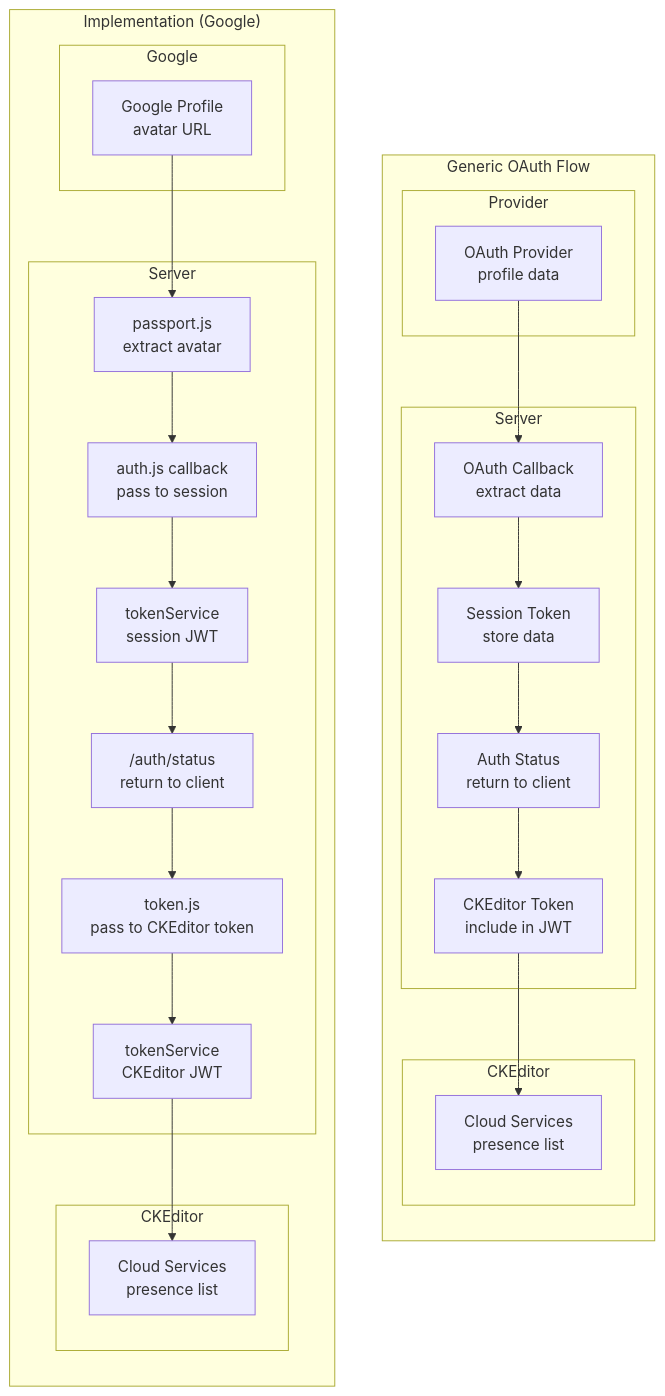
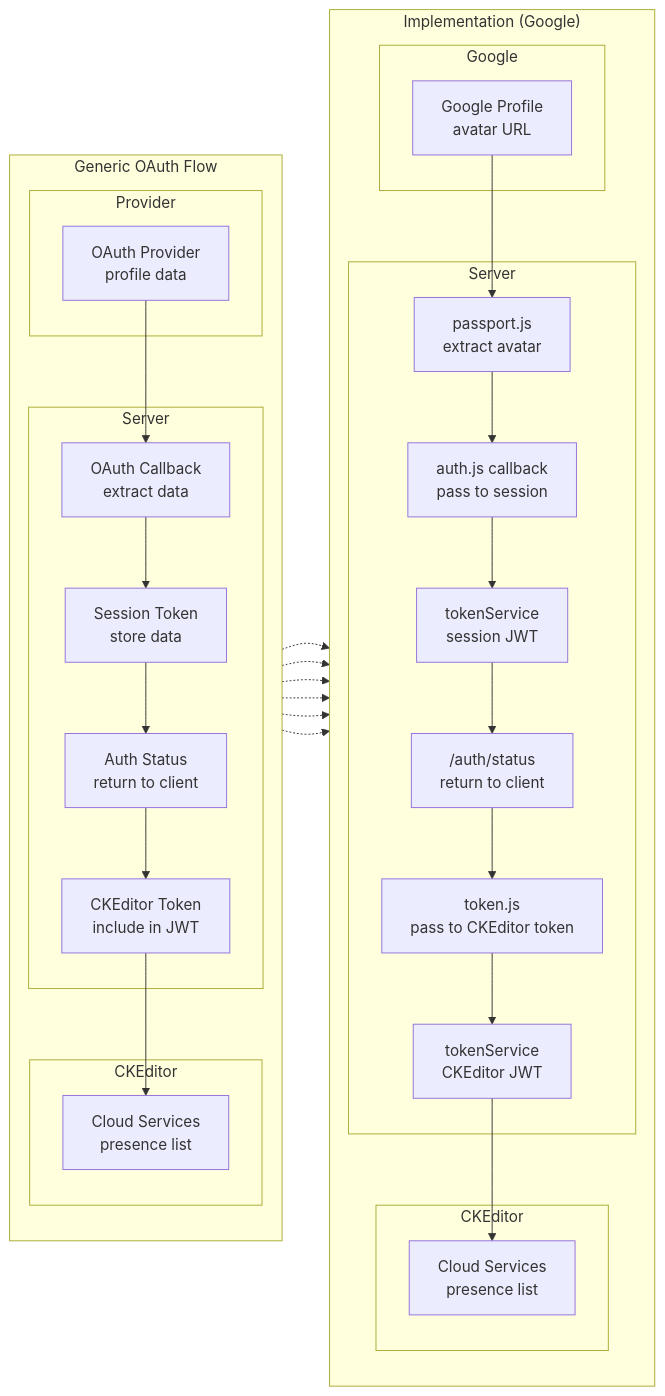
The second of 3 diagrams in README.md (Simply007/Mermaid-showcase), drawn with Mermaid before and after one commit.

````diff
--- a/README.md
+++ b/README.md
@@ -21,38 +21,47 @@
 ```mermaid
-flowchart TD
+flowchart LR
     subgraph Generic["Generic OAuth Flow"]
         direction TB
         subgraph Provider
             GP[OAuth Provider<br/>profile data]
         end
         subgraph Server1[Server]
             GC[OAuth Callback<br/>extract data]
             GS[Session Token<br/>store data]
             GA[Auth Status<br/>return to client]
             GT[CKEditor Token<br/>include in JWT]
         end
         subgraph CKEditor1[CKEditor]
             GE[Cloud Services<br/>presence list]
         end
         GP --> GC --> GS --> GA --> GT --> GE
     end
 
     subgraph Concrete["Implementation (Google)"]
         direction TB
         subgraph Google
             IG[Google Profile<br/>avatar URL]
         end
         subgraph Server2[Server]
             IP[passport.js<br/>extract avatar]
             IA[auth.js callback<br/>pass to session]
             IT1[tokenService<br/>session JWT]
             IS["/auth/status<br/>return to client"]
             IT2[token.js<br/>pass to CKEditor token]
             IT3[tokenService<br/>CKEditor JWT]
         end
         subgraph CKEditor2[CKEditor]
             IC[Cloud Services<br/>presence list]
         end
         IG --> IP --> IA --> IT1 --> IS --> IT2 --> IT3 --> IC
     end
+
+    Generic ~~~ Concrete
+
+    GP -.-> IG
+    GC -.-> IP
+    GS -.-> IT1
+    GA -.-> IS
+    GT -.-> IT2
+    GE -.-> IC
 ```
````
